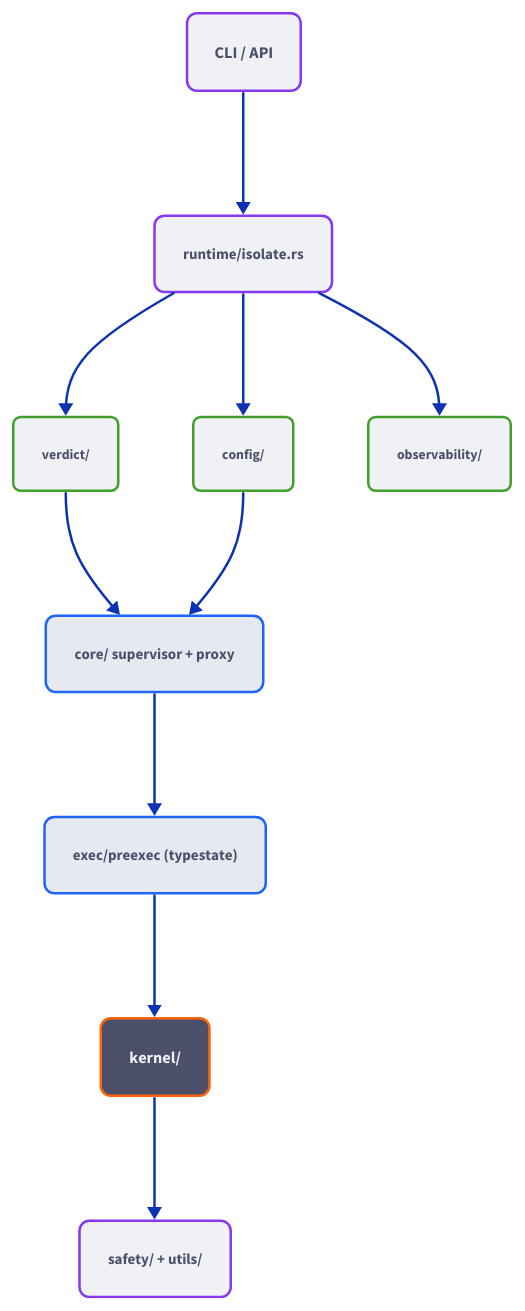
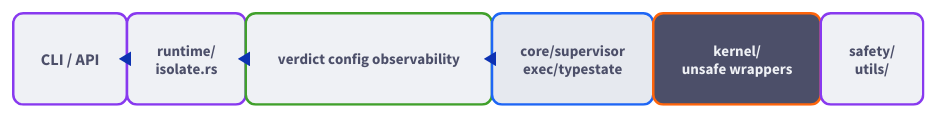
Before and after one commit to orkait/rustbox: the diagram in docs-site/src/assets/diagrams/module-map.d2, drawn with D2. The commit also changed 19 other files, not shown here.

```diff
--- a/docs-site/src/assets/diagrams/module-map.d2
+++ b/docs-site/src/assets/diagrams/module-map.d2
@@ -1,92 +1,59 @@
-direction: down
+grid-columns: 6
+grid-rows: 1
+grid-gap: 0
 
-cli: {
+entry: {
   label: "CLI / API"
   style.fill: "#eff1f5"
   style.stroke: "#8839ef"
   style.font-color: "#4c4f69"
   style.border-radius: 8
   style.font-size: 13
 }
 
 runtime: {
-  label: "runtime/isolate.rs"
+  label: "runtime/\nisolate.rs"
   style.fill: "#eff1f5"
   style.stroke: "#8839ef"
   style.font-color: "#4c4f69"
   style.border-radius: 8
   style.font-size: 12
 }
 
-verdict: {
-  label: "verdict/"
+logic: {
+  label: "verdict  config  observability"
   style.fill: "#eff1f5"
   style.stroke: "#40a02b"
-  style.font-color: "#4c4f69"
-  style.border-radius: 6
-  style.font-size: 11
-}
-
-config: {
-  label: "config/"
-  style.fill: "#eff1f5"
-  style.stroke: "#40a02b"
-  style.font-color: "#4c4f69"
-  style.border-radius: 6
-  style.font-size: 11
-}
-
-obs: {
-  label: "observability/"
-  style.fill: "#eff1f5"
-  style.stroke: "#40a02b"
-  style.font-color: "#4c4f69"
-  style.border-radius: 6
-  style.font-size: 11
-}
-
-core: {
-  label: "core/ supervisor + proxy"
-  style.fill: "#e6e9ef"
-  style.stroke: "#1e66f5"
   style.font-color: "#4c4f69"
   style.border-radius: 8
   style.font-size: 12
 }
 
-exec: {
-  label: "exec/preexec (typestate)"
+process: {
+  label: "core/supervisor\nexec/typestate"
   style.fill: "#e6e9ef"
   style.stroke: "#1e66f5"
   style.font-color: "#4c4f69"
   style.border-radius: 8
   style.font-size: 12
 }
 
 kernel: {
-  label: "kernel/"
+  label: "kernel/\nunsafe wrappers"
   style.fill: "#4c4f69"
   style.stroke: "#fe640b"
   style.font-color: "#eff1f5"
   style.border-radius: 8
-  style.font-size: 13
+  style.font-size: 12
 }
 
 safety: {
-  label: "safety/ + utils/"
+  label: "safety/\nutils/"
   style.fill: "#eff1f5"
   style.stroke: "#8839ef"
   style.font-color: "#4c4f69"
   style.border-radius: 8
   style.font-size: 12
 }
 
-cli -> runtime
-runtime -> verdict
-runtime -> config
-runtime -> obs
-verdict -> core
-config -> core
-core -> exec
-exec -> kernel
-kernel -> safety
+entry -> runtime -> logic -> process -> kernel -> safety
```
